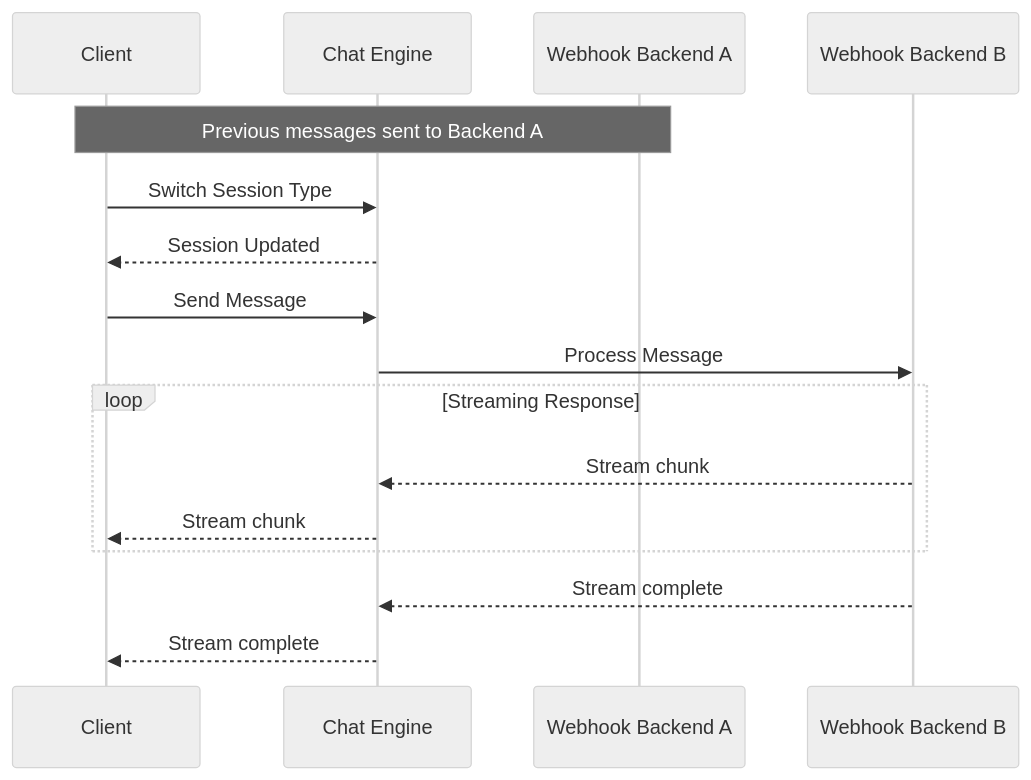
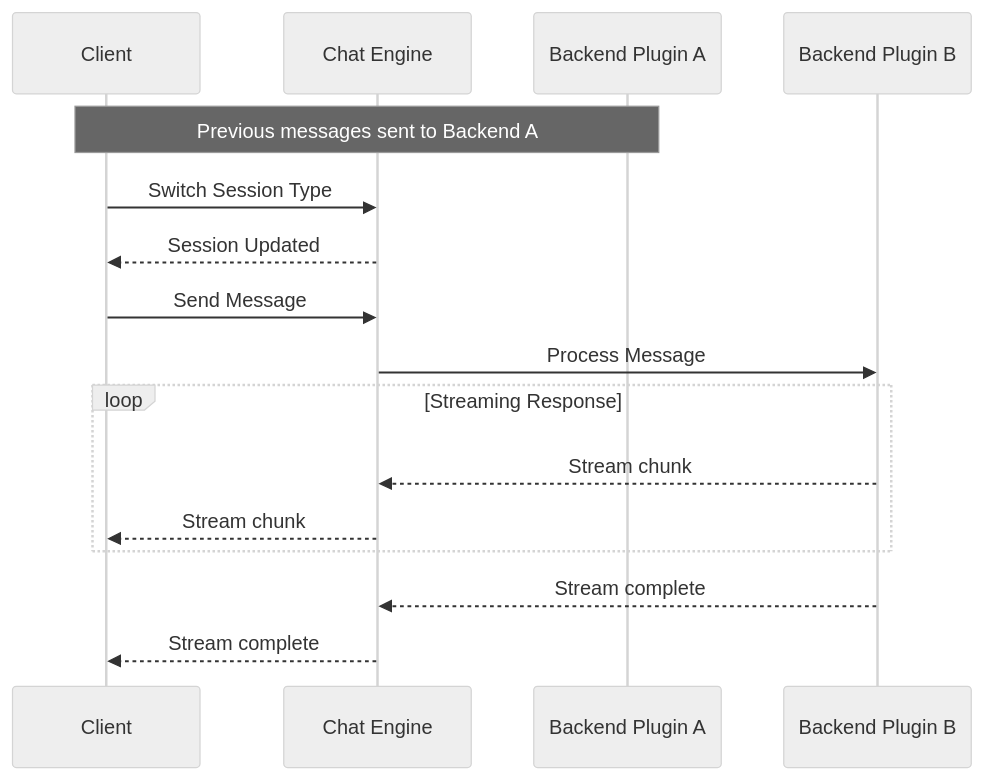
The fifth of 16 diagrams in modules/chat_engine/DESIGN.md (Ritmix3300/cyberfabric-core), drawn with Mermaid (neutral theme) before and after one commit. The commit also changed other lines of this file and 26 other files, not shown here.

Commit message:
replace webhook backend with backend plugin

````diff
--- a/modules/chat_engine/DESIGN.md
+++ b/modules/chat_engine/DESIGN.md
@@ -610,23 +606,23 @@
 ```mermaid
 sequenceDiagram
     participant Client
     participant Chat Engine
-    participant Webhook Backend A
-    participant Webhook Backend B
+    participant Backend Plugin A
+    participant Backend Plugin B
 
-    Note over Client,Webhook Backend A: Previous messages sent to Backend A
+    Note over Client,Backend Plugin A: Previous messages sent to Backend A
 
     Client->>Chat Engine: Switch Session Type
     Chat Engine-->>Client: Session Updated
 
     Client->>Chat Engine: Send Message
-    Chat Engine->>Webhook Backend B: Process Message
+    Chat Engine->>Backend Plugin B: Process Message
 
     loop Streaming Response
-        Webhook Backend B-->>Chat Engine: Stream chunk
+        Backend Plugin B-->>Chat Engine: Stream chunk
         Chat Engine-->>Client: Stream chunk
     end
 
-    Webhook Backend B-->>Chat Engine: Stream complete
+    Backend Plugin B-->>Chat Engine: Stream complete
     Chat Engine-->>Client: Stream complete
 ```
````
